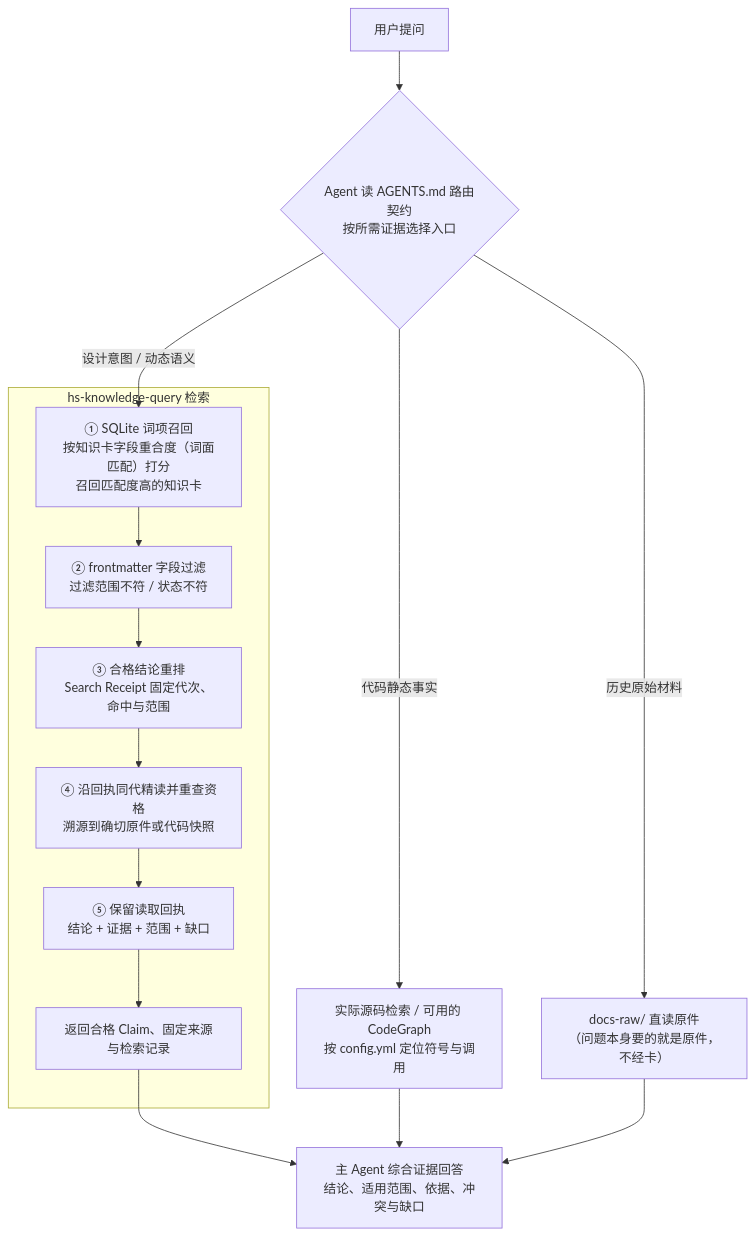
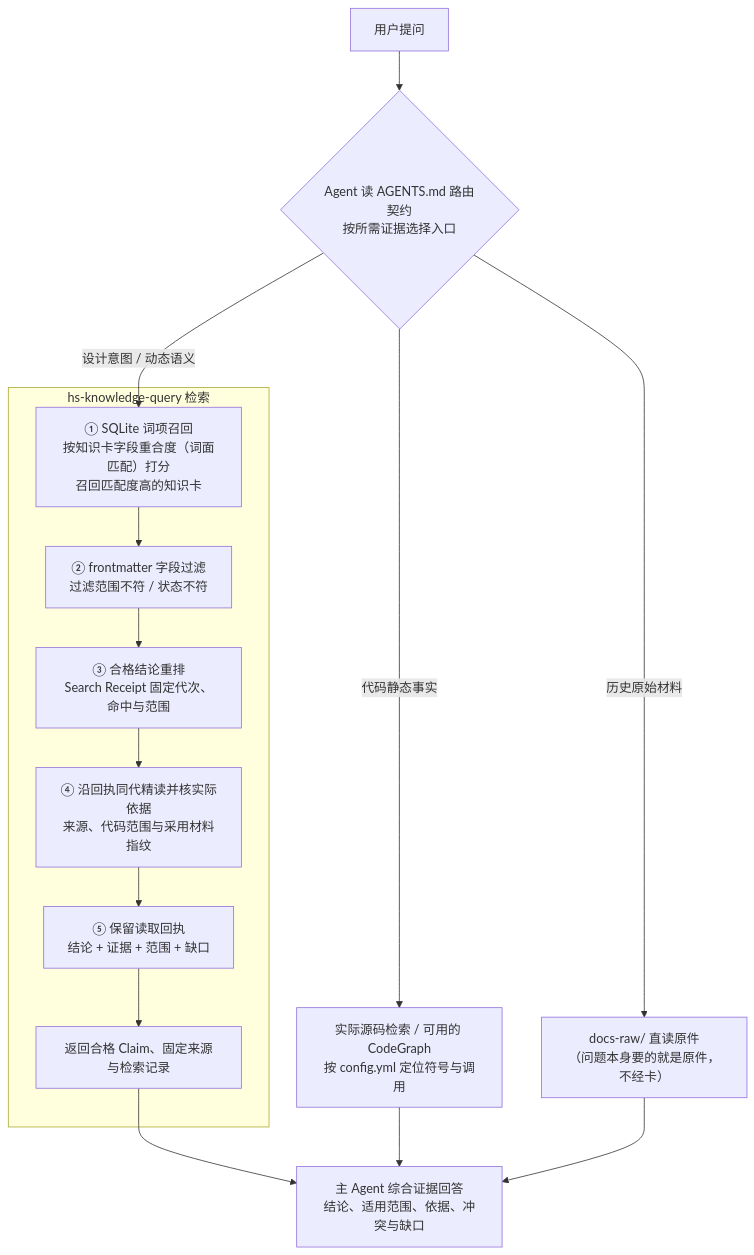
One commit to Robin-hhc/FactumCore changed the seventh of 7 diagrams in himate-knowledge-wifi-mp/docs-llm-wiki/HiMate知识库架构设计.md. Above: the diagram before and after it, drawn with Mermaid. The commit also changed other lines of this file and 183 other files, not shown here.

````diff
--- a/himate-knowledge-wifi-mp/docs-llm-wiki/HiMate知识库架构设计.md
+++ b/himate-knowledge-wifi-mp/docs-llm-wiki/HiMate知识库架构设计.md
@@ -453,20 +458,20 @@
 ```mermaid
 flowchart TB
     Q["用户提问"] --> R{"Agent 读 AGENTS.md 路由契约<br />按所需证据选择入口"}
 
     R -->|"代码静态事实"| CODE["实际源码检索 / 可用的 CodeGraph<br />按 config.yml 定位符号与调用"]
     R -->|"历史原始材料"| RAW["docs-raw/ 直读原件<br />（问题本身要的就是原件，不经卡）"]
 
     subgraph KQ["hs-knowledge-query 检索"]
         C["① SQLite 词项召回<br />按知识卡字段重合度（词面匹配）打分<br />召回匹配度高的知识卡"] --> D["② frontmatter 字段过滤<br />过滤范围不符 / 状态不符<br />"]
         D --> E["③ 合格结论重排<br />Search Receipt 固定代次、命中与范围"]
-        E --> F["④ 沿回执同代精读并重查资格<br />溯源到确切原件或代码快照"]
+        E --> F["④ 沿回执同代精读并核实际依据<br />来源、代码范围与采用材料指纹"]
         F --> G["⑤ 保留读取回执<br />结论 + 证据 + 范围 + 缺口"]
         G --> H["返回合格 Claim、固定来源与检索记录"]
     end
 
     R -->|"设计意图 / 动态语义"| C
     H --> ANSWER["主 Agent 综合证据回答<br />结论、适用范围、依据、冲突与缺口"]
     CODE --> ANSWER
     RAW --> ANSWER
 ```
````
